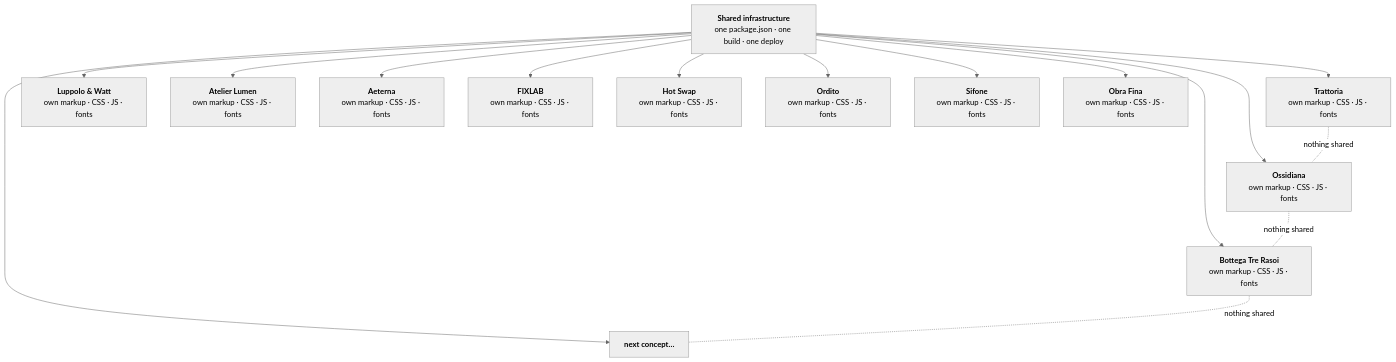
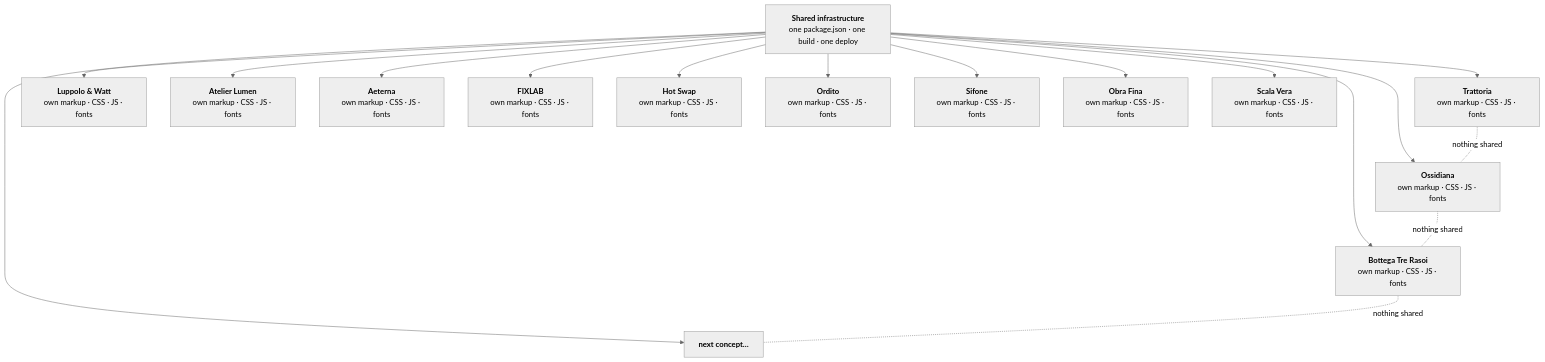
Before and after one commit to Loop-Studio-Web/vetrine: the diagram in README.md, drawn with Mermaid (neutral theme). The commit also changed other lines of this file and 61 other files, not shown here.

````diff
--- a/README.md
+++ b/README.md
@@ -266,19 +285,20 @@
 ```mermaid
 flowchart TB
     infra["<b>Shared infrastructure</b><br/>one package.json · one build · one deploy"]
     infra --> T["<b>Trattoria</b><br/>own markup · CSS · JS · fonts"]
     infra --> O["<b>Ossidiana</b><br/>own markup · CSS · JS · fonts"]
     infra --> R["<b>Luppolo & Watt</b><br/>own markup · CSS · JS · fonts"]
     infra --> B["<b>Bottega Tre Rasoi</b><br/>own markup · CSS · JS · fonts"]
     infra --> L["<b>Atelier Lumen</b><br/>own markup · CSS · JS · fonts"]
     infra --> A["<b>Aeterna</b><br/>own markup · CSS · JS · fonts"]
     infra --> F["<b>FIXLAB</b><br/>own markup · CSS · JS · fonts"]
     infra --> H["<b>Hot Swap</b><br/>own markup · CSS · JS · fonts"]
     infra --> D["<b>Ordito</b><br/>own markup · CSS · JS · fonts"]
     infra --> S["<b>Sifone</b><br/>own markup · CSS · JS · fonts"]
     infra --> P["<b>Obra Fina</b><br/>own markup · CSS · JS · fonts"]
+    infra --> V["<b>Scala Vera</b><br/>own markup · CSS · JS · fonts"]
     infra --> N["<b>next concept…</b>"]
     T -.-|nothing shared| O
     O -.-|nothing shared| B
     B -.-|nothing shared| N
 ```
````
